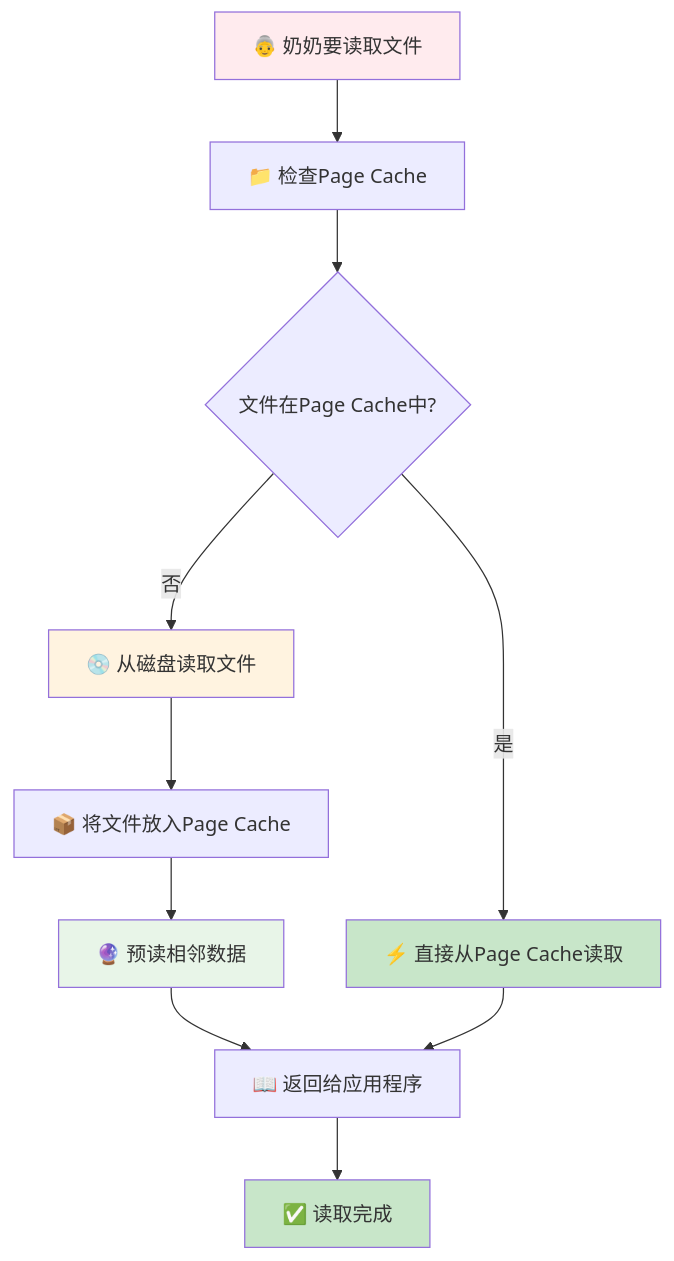
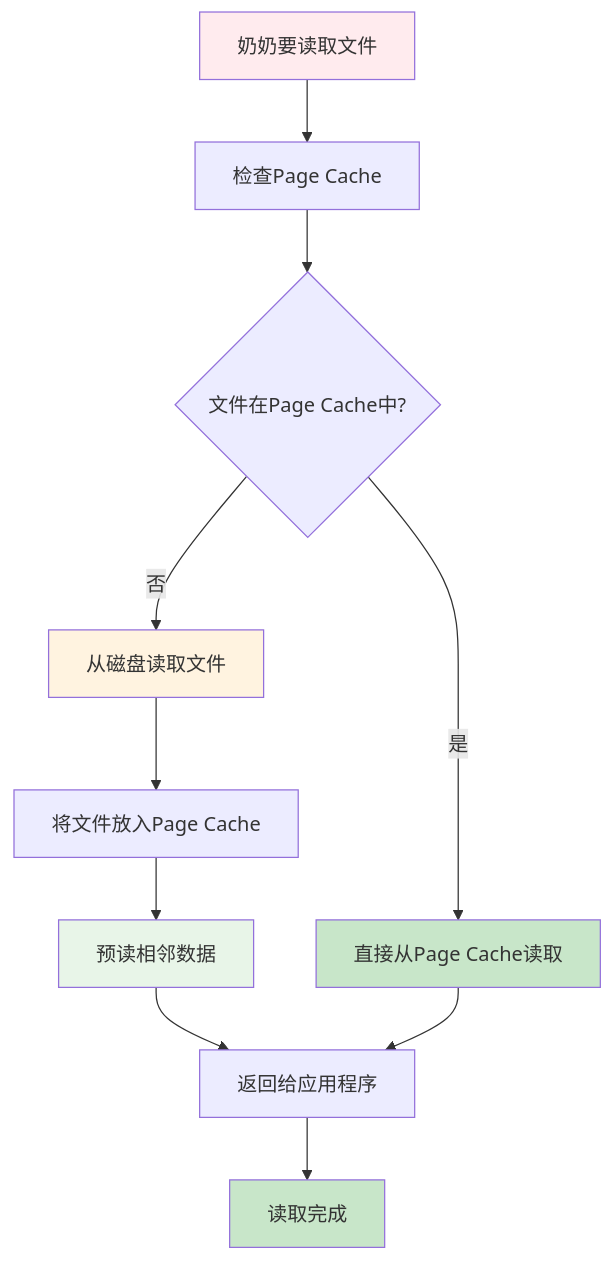
One commit to xlb3055/newBlog changed the first of 2 diagrams in src/奶奶八股/基础/进程写文件时，进程发生了崩溃，已写入的数据会丢失吗?.md. Above: the diagram before and after it, drawn with Mermaid. The commit also changed other lines of this file and 10 other files, not shown here.

````diff
--- a/src/奶奶八股/基础/进程写文件时，进程发生了崩溃，已写入的数据会丢失吗?.md
+++ b/src/奶奶八股/基础/进程写文件时，进程发生了崩溃，已写入的数据会丢失吗?.md
@@ -507,18 +507,18 @@
 ```mermaid
 flowchart TD
-    A[👵 奶奶要读取文件] --> B[📁 检查Page Cache]
+    A[奶奶要读取文件] --> B[检查Page Cache]
     B --> C{文件在Page Cache中?}
-    C -->|是| D[⚡ 直接从Page Cache读取]
-    C -->|否| E[💿 从磁盘读取文件]
-    E --> F[📦 将文件放入Page Cache]
-    F --> G[🔮 预读相邻数据]
-    G --> H[📖 返回给应用程序]
+    C -->|是| D[直接从Page Cache读取]
+    C -->|否| E[从磁盘读取文件]
+    E --> F[将文件放入Page Cache]
+    F --> G[预读相邻数据]
+    G --> H[返回给应用程序]
     D --> H
-    H --> I[✅ 读取完成]
+    H --> I[读取完成]
     
     style A fill:#ffebee
     style D fill:#c8e6c9
     style E fill:#fff3e0
     style G fill:#e8f5e8
     style I fill:#c8e6c9
 ```
````
